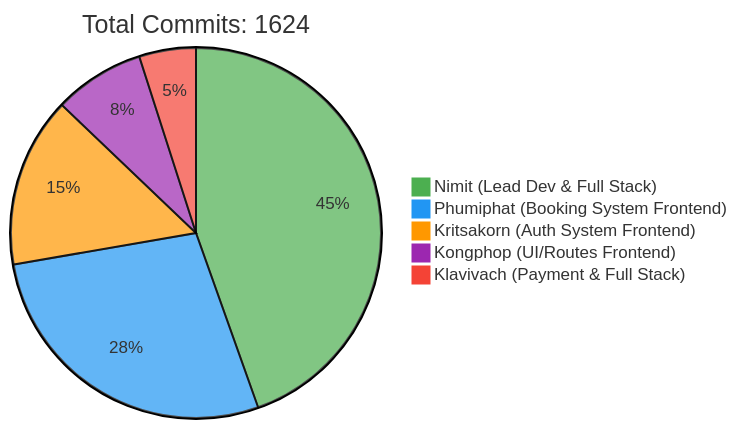
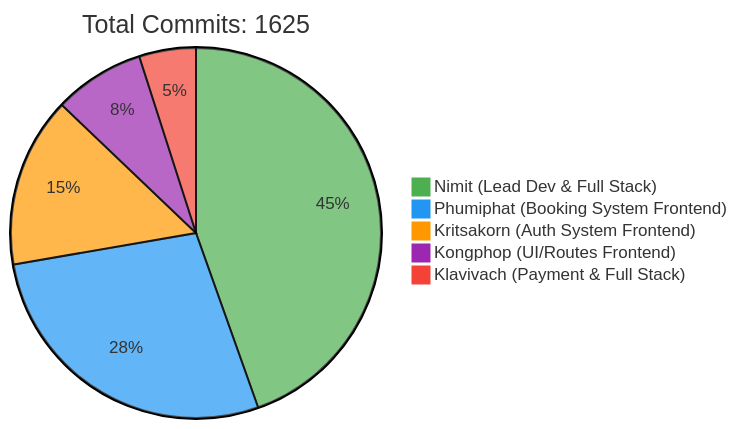
Before and after one commit to 6531503042/Sport-Complex: the first of 2 diagrams in README.md, drawn with Mermaid. The commit also changed other lines of this file, not shown here.

Commit message:
docs: Update contributor statistics [skip ci]

````diff
--- a/README.md
+++ b/README.md
@@ -257,10 +257,10 @@
 ```mermaid
 %%{init: {'theme': 'base', 'themeVariables': { 'pie1': '#4CAF50', 'pie2': '#2196F3', 'pie3': '#FF9800', 'pie4': '#9C27B0', 'pie5': '#F44336'}}}%%
 pie
-    title Total Commits: 1624
+    title Total Commits: 1625
     "Nimit (Lead Dev & Full Stack)" : 450
     "Phumiphat (Booking System Frontend)" : 280
     "Kritsakorn (Auth System Frontend)" : 150
     "Kongphop (UI/Routes Frontend)" : 80
     "Klavivach (Payment & Full Stack)" : 50
 ```
````
